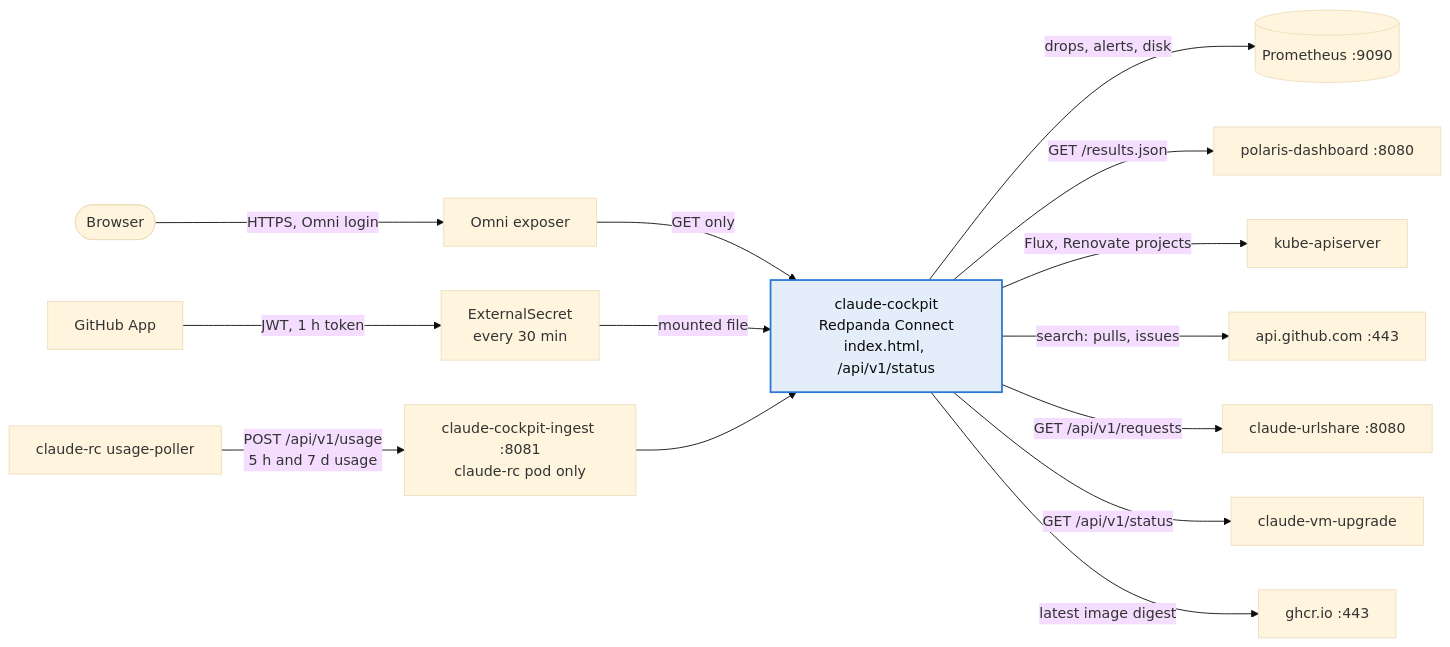
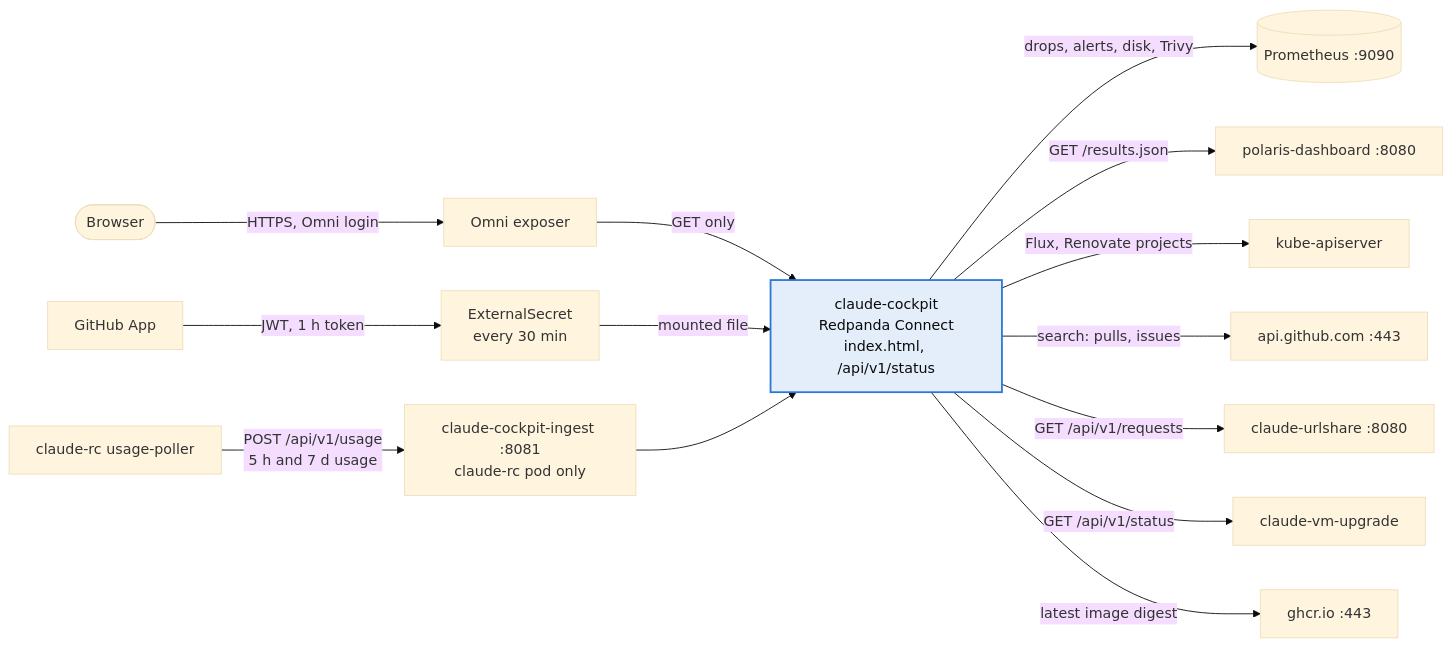
One commit to cthtrifork/talos-gitops changed the third of 3 diagrams in k8s/apps/claude-system/README.md. Above: the diagram before and after it, drawn with Mermaid (base theme). The commit also changed other lines of this file and 4 other files, not shown here.

````diff
--- a/k8s/apps/claude-system/README.md
+++ b/k8s/apps/claude-system/README.md
@@ -368,22 +370,22 @@
 ```mermaid
 flowchart LR
   you([Browser]) -->|HTTPS, Omni login| omni[Omni exposer]
   omni -->|GET only| cockpit["claude-cockpit<br/>Redpanda Connect<br/>index.html, /api/v1/status"]
 
-  cockpit -->|"drops, alerts, disk"| prom[(Prometheus :9090)]
+  cockpit -->|"drops, alerts, disk, Trivy"| prom[(Prometheus :9090)]
   cockpit -->|"GET /results.json"| polaris[polaris-dashboard :8080]
   cockpit -->|"Flux, Renovate projects"| api[kube-apiserver]
   cockpit -->|"search: pulls, issues"| gh[api.github.com :443]
 
   app[GitHub App] -->|"JWT, 1 h token"| es[ExternalSecret<br/>every 30 min]
   es -->|"mounted file"| cockpit
 
   cockpit -->|"GET /api/v1/requests"| urlshare[claude-urlshare :8080]
   cockpit -->|"GET /api/v1/status"| vmup[claude-vm-upgrade]
   cockpit -->|"latest image digest"| ghcr[ghcr.io :443]
   poller["claude-rc usage-poller"] -->|"POST /api/v1/usage<br/>5 h and 7 d usage"| ingest["claude-cockpit-ingest :8081<br/>claude-rc pod only"]
   ingest --> cockpit
 
   classDef new fill:#e4eefb,stroke:#2a78d6,stroke-width:2px,color:#0b0b0b
   class cockpit new
 ```
````
